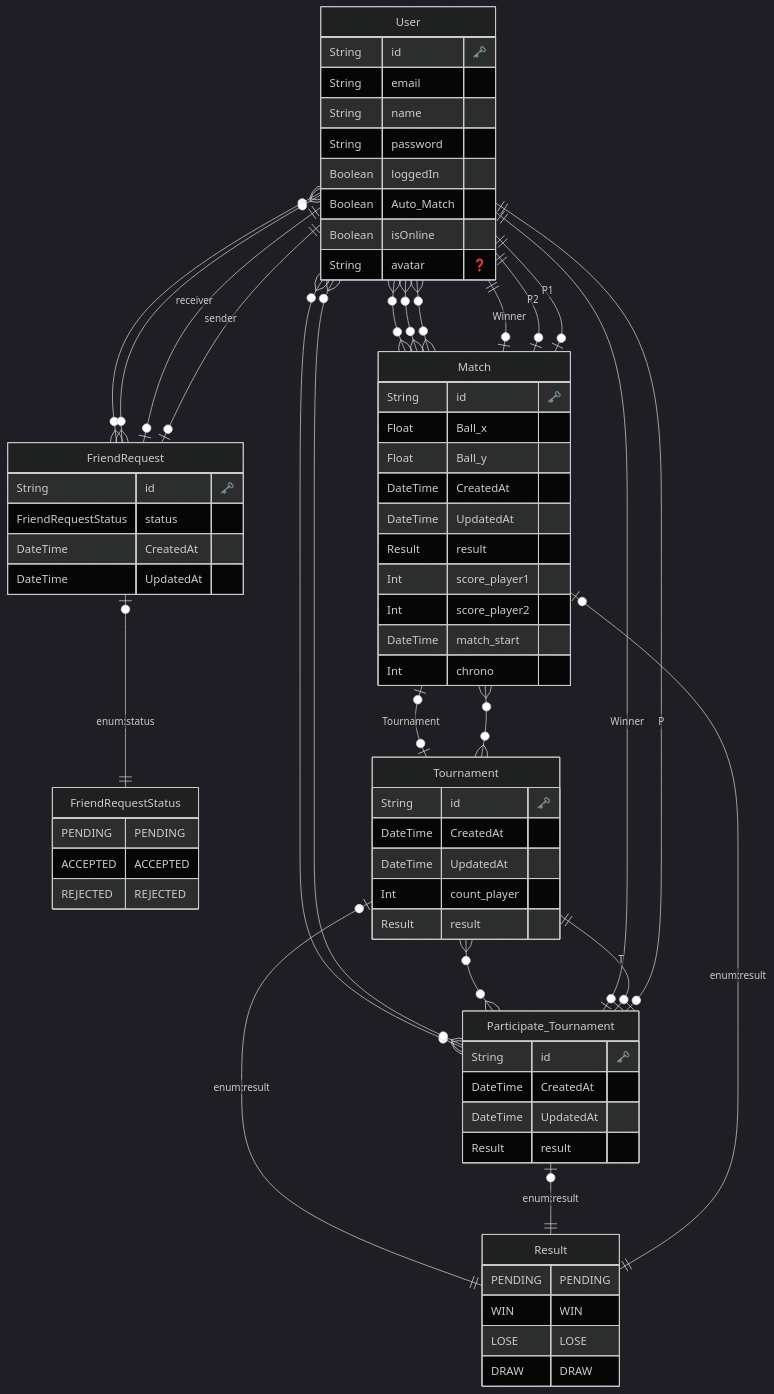
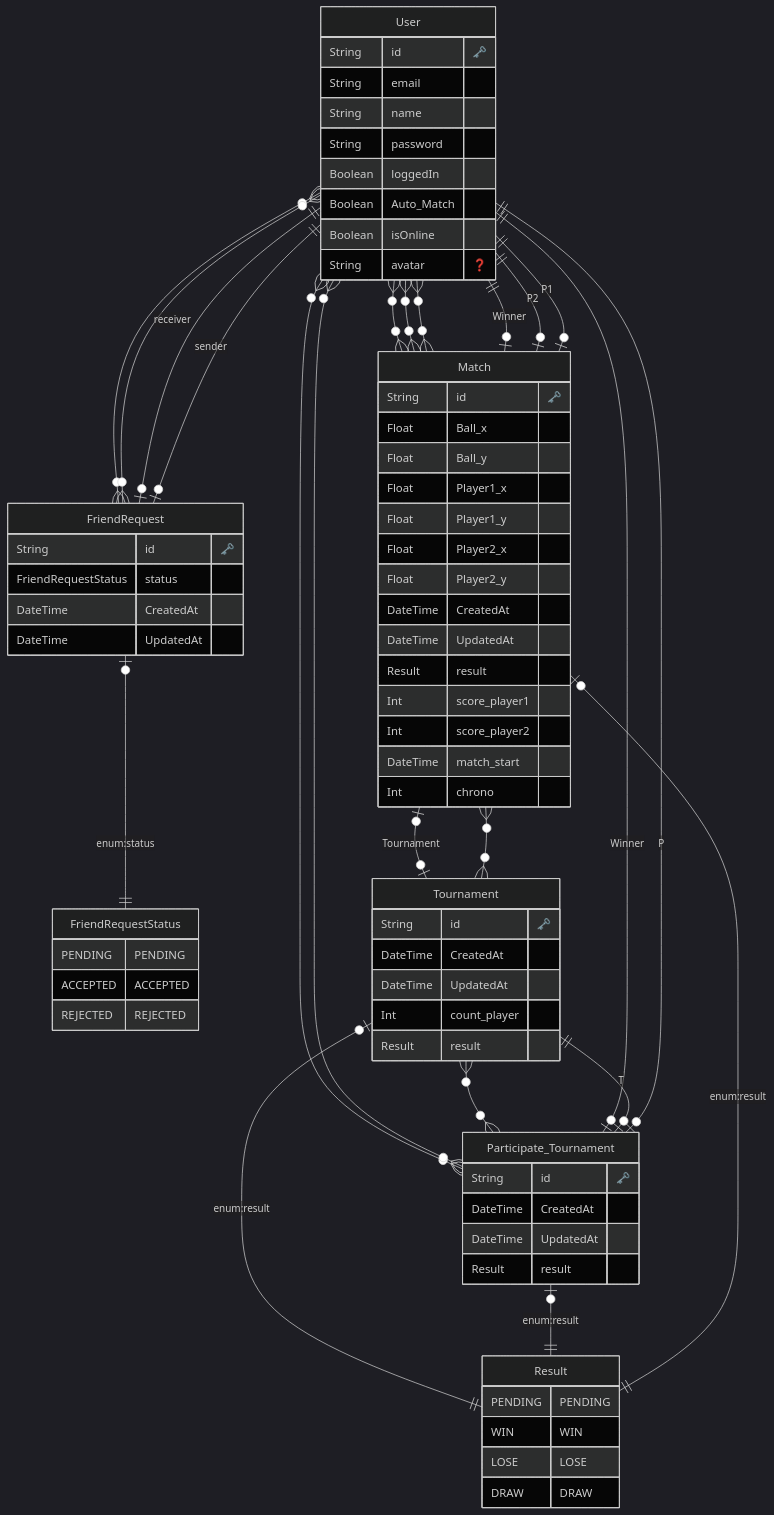
One commit to ElyWacime/ft_transcendence changed the diagram in services/auth-service/prisma/ERD/diagram.md. Above: the diagram before and after it, drawn with Mermaid (dark theme). The commit also changed 4 other files, not shown here.

```diff
--- a/services/auth-service/prisma/ERD/diagram.md
+++ b/services/auth-service/prisma/ERD/diagram.md
@@ -57,6 +57,10 @@
     String id "🗝️"
     Float Ball_x 
     Float Ball_y 
+    Float Player1_x 
+    Float Player1_y 
+    Float Player2_x 
+    Float Player2_y 
     DateTime CreatedAt 
     DateTime UpdatedAt 
     Result result 
```
